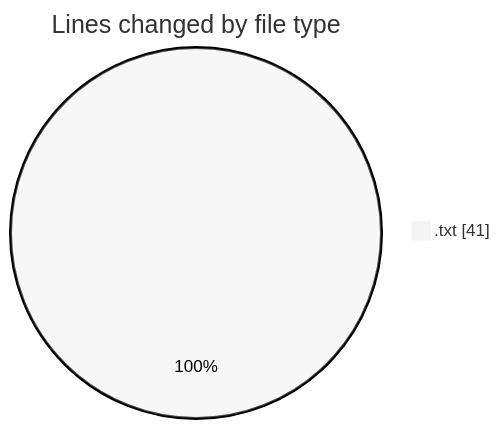
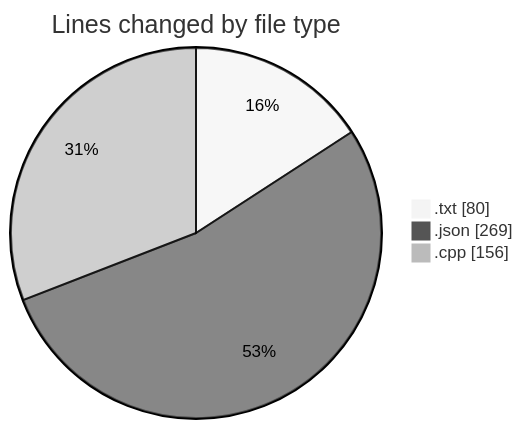
Before and after one commit to Netris89/code-tracking: the first of 2 diagrams in 2025-04-07/echo/README.md, drawn with Mermaid (neutral theme). The commit also changed other lines of this file and 1 other file, not shown here.

````diff
--- a/2025-04-07/echo/README.md
+++ b/2025-04-07/echo/README.md
@@ -20,5 +23,7 @@
 ```mermaid
 pie showData
 title Lines changed by file type
-".txt" : 41
+".txt" : 80
+".json" : 269
+".cpp" : 156
 ```
````
